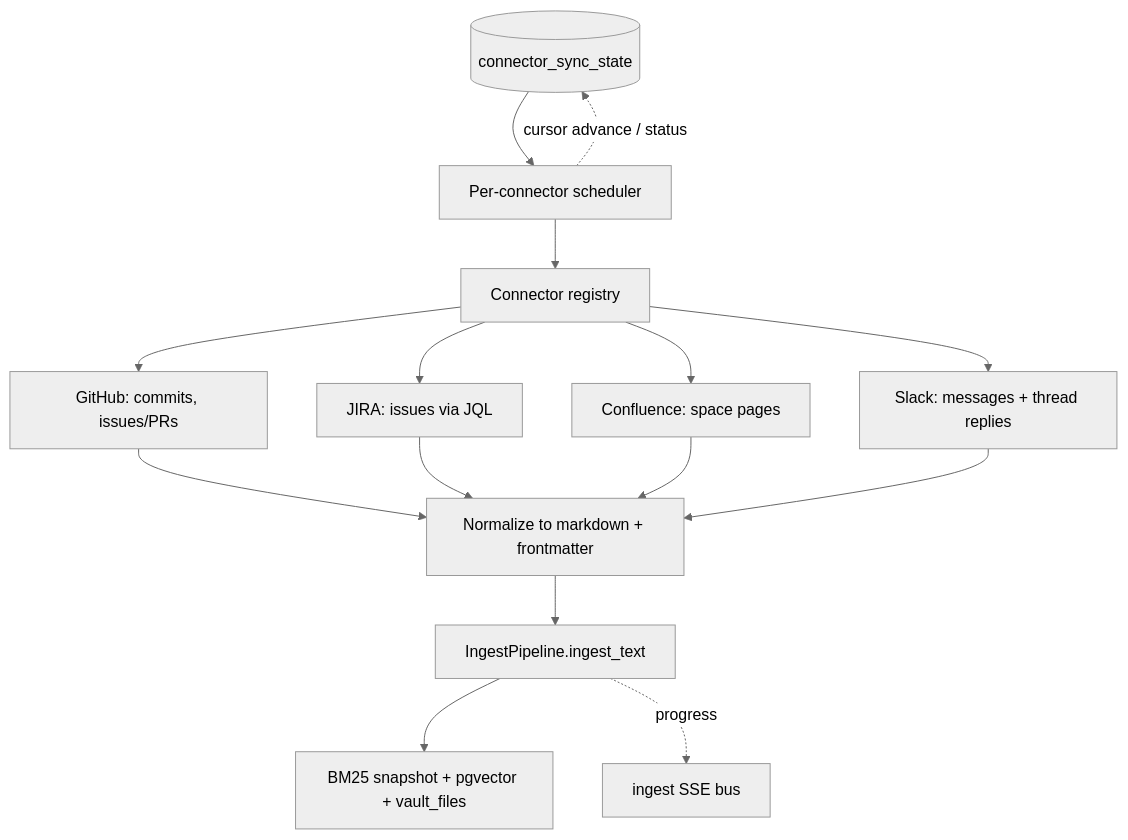
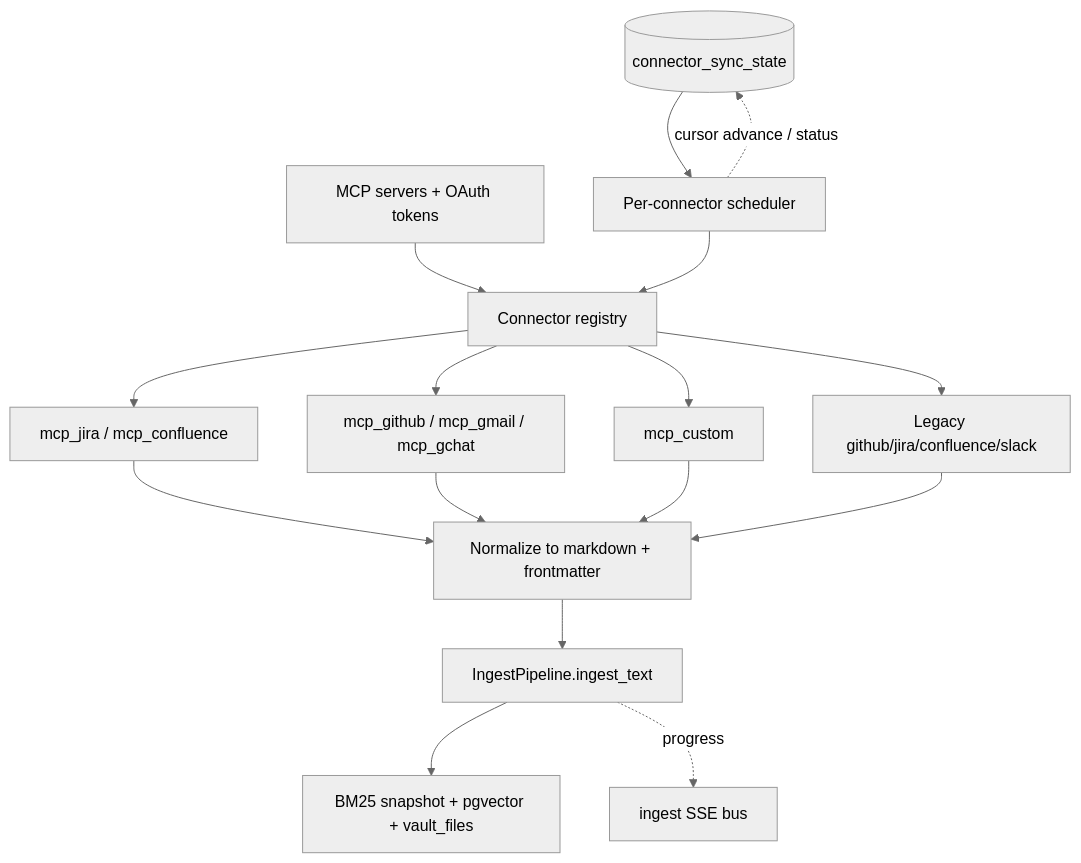
Before and after one commit to vampokala/Second-Brain-App: the third of 5 diagrams in Docs/ARCHITECTURE.md, drawn with Mermaid (neutral theme). The commit also changed other lines of this file and 150 other files, not shown here.

````diff
--- a/Docs/ARCHITECTURE.md
+++ b/Docs/ARCHITECTURE.md
@@ -59,17 +63,18 @@
 ```mermaid
 flowchart TB
+  MCP[MCP servers + OAuth tokens] --> REG[Connector registry]
   STATE[(connector_sync_state)] --> SCHED[Per-connector scheduler]
-  SCHED --> REG[Connector registry]
-  REG --> GH[GitHub: commits, issues/PRs]
-  REG --> JR[JIRA: issues via JQL]
-  REG --> CF[Confluence: space pages]
-  REG --> SL[Slack: messages + thread replies]
-  GH --> NORM[Normalize to markdown + frontmatter]
-  JR --> NORM
-  CF --> NORM
-  SL --> NORM
+  SCHED --> REG
+  REG --> MJ[mcp_jira / mcp_confluence]
+  REG --> MG[mcp_github / mcp_gmail / mcp_gchat]
+  REG --> MC[mcp_custom]
+  REG --> LEG[Legacy github/jira/confluence/slack]
+  MJ --> NORM[Normalize to markdown + frontmatter]
+  MG --> NORM
+  MC --> NORM
+  LEG --> NORM
   NORM --> ING[IngestPipeline.ingest_text]
   ING --> IDX[BM25 snapshot + pgvector + vault_files]
   SCHED -. cursor advance / status .-> STATE
   ING -. progress .-> SSE[ingest SSE bus]
 ```
````
